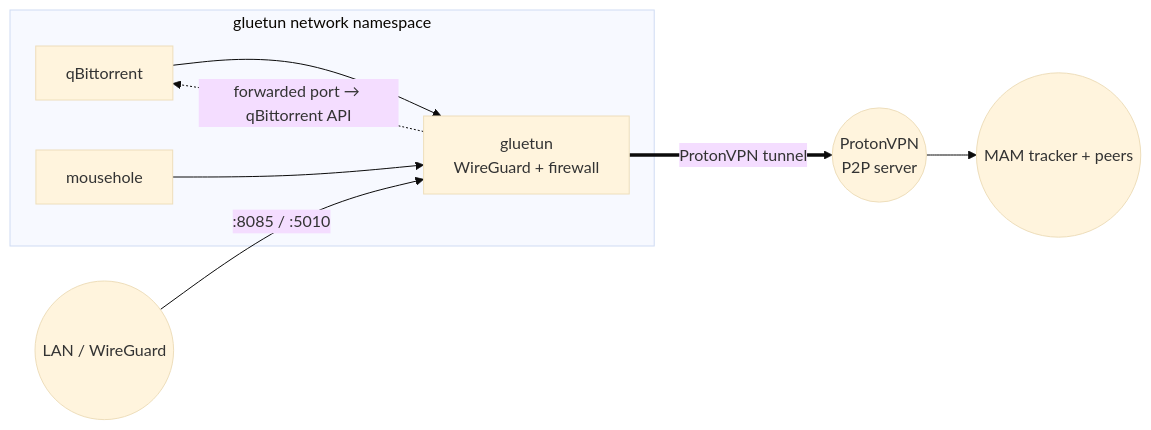
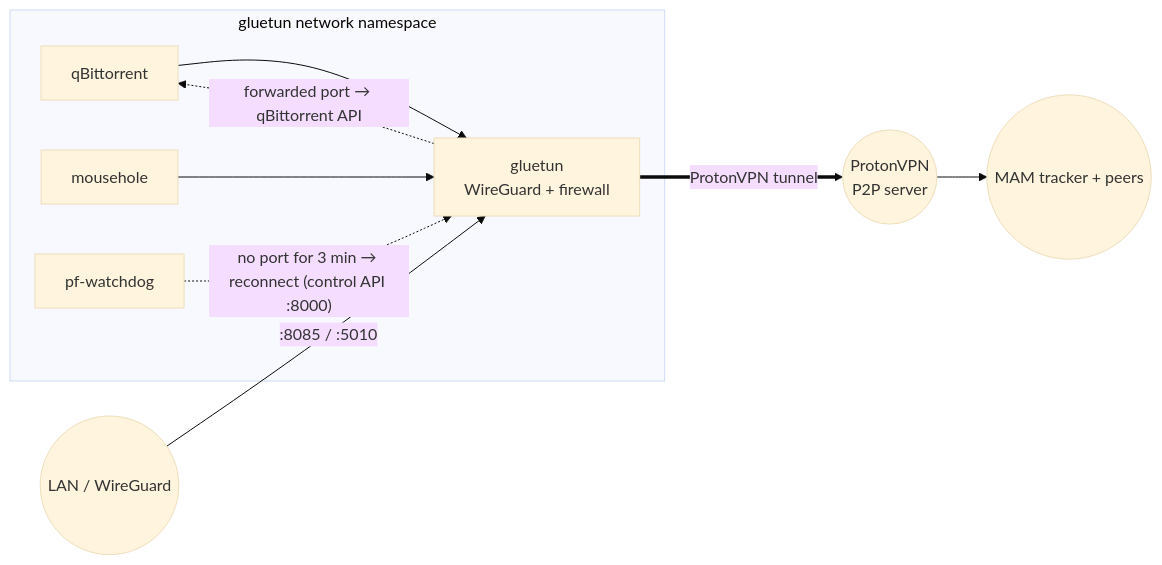
One commit to iGridZ/homelab changed the diagram in stacks/torrent/README.md. Above: the diagram before and after it, drawn with Mermaid (base theme). The commit also changed other lines of this file and 5 other files, not shown here.

First line of the commit message:
feat(torrent): pf-watchdog reconnects VPN when port forwarding is lost

````diff
--- a/stacks/torrent/README.md
+++ b/stacks/torrent/README.md
@@ -18,14 +19,16 @@
 ```mermaid
 flowchart LR
     subgraph g[gluetun network namespace]
         qb[qBittorrent]
         mh[mousehole]
+        wd[pf-watchdog]
         gl[gluetun<br/>WireGuard + firewall]
     end
     qb --> gl
     mh --> gl
     gl == "ProtonVPN tunnel" ==> proton((ProtonVPN<br/>P2P server))
     proton --> mam((MAM tracker + peers))
     gl -. "forwarded port → qBittorrent API" .-> qb
+    wd -. "no port for 3 min → reconnect (control API :8000)" .-> gl
     lan((LAN / WireGuard)) -- ":8085 / :5010" --> gl
 ```
````
